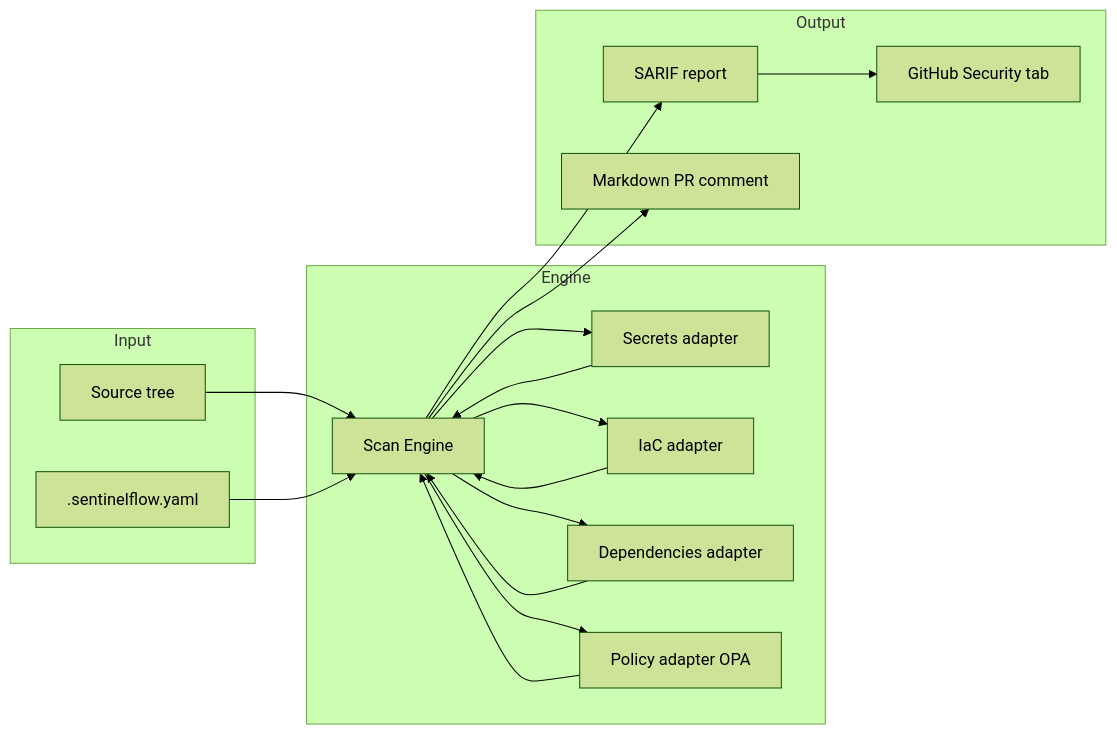
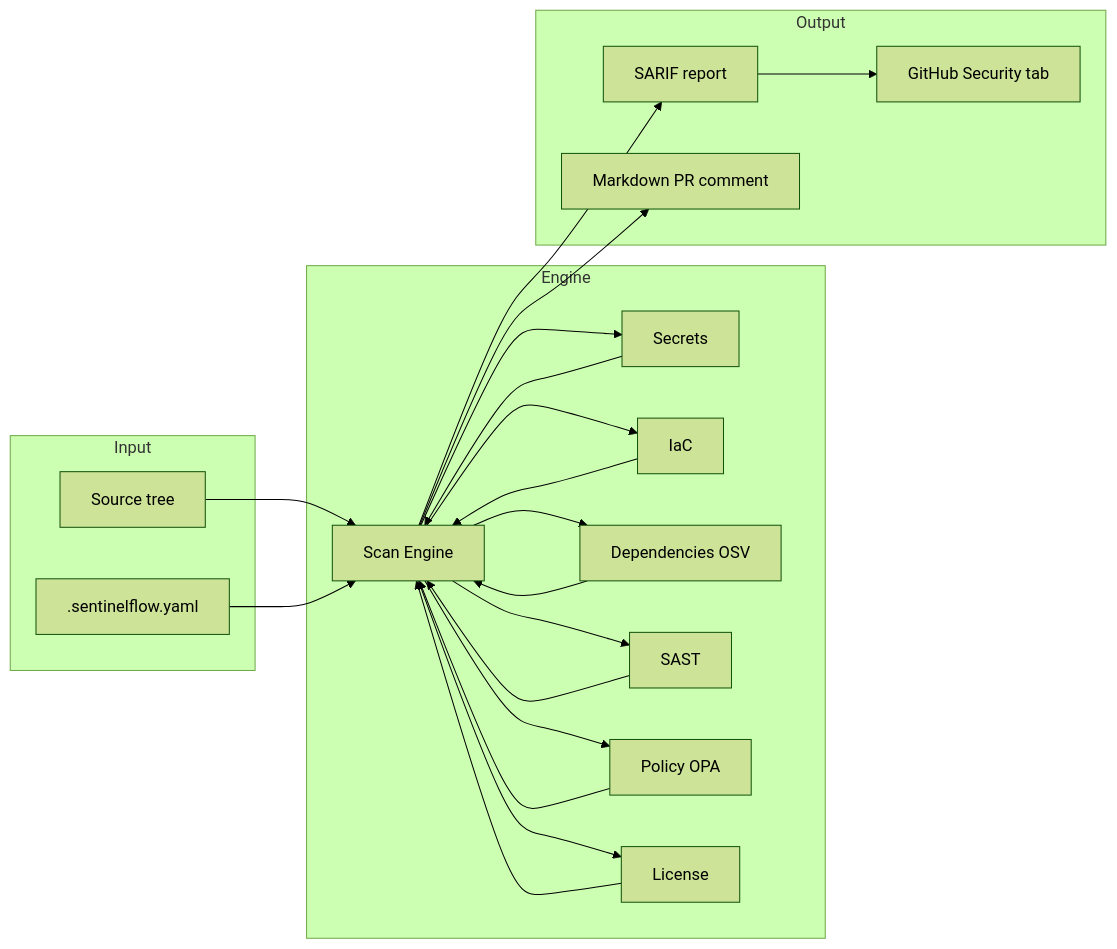
Before and after one commit to cozyGarage/sentielflow: the diagram in README.md, drawn with Mermaid (forest theme). The commit also changed other lines of this file and 16 other files, not shown here.

````diff
--- a/README.md
+++ b/README.md
@@ -152,28 +149,30 @@
 ```mermaid
 flowchart LR
     subgraph Input
         SRC[Source tree]
         CFG[.sentinelflow.yaml]
     end
 
     subgraph Engine
         SE[Scan Engine]
-        AD1[Secrets adapter]
-        AD2[IaC adapter]
-        AD3[Dependencies adapter]
-        AD4[Policy adapter OPA]
+        AD1[Secrets]
+        AD2[IaC]
+        AD3[Dependencies OSV]
+        AD4[SAST]
+        AD5[Policy OPA]
+        AD6[License]
     end
 
     subgraph Output
         SARIF[SARIF report]
         GH[GitHub Security tab]
         MD[Markdown PR comment]
     end
 
     SRC --> SE
     CFG --> SE
-    SE --> AD1 & AD2 & AD3 & AD4
-    AD1 & AD2 & AD3 & AD4 --> SE
+    SE --> AD1 & AD2 & AD3 & AD4 & AD5 & AD6
+    AD1 & AD2 & AD3 & AD4 & AD5 & AD6 --> SE
     SE --> SARIF --> GH
     SE --> MD
 ```
````
